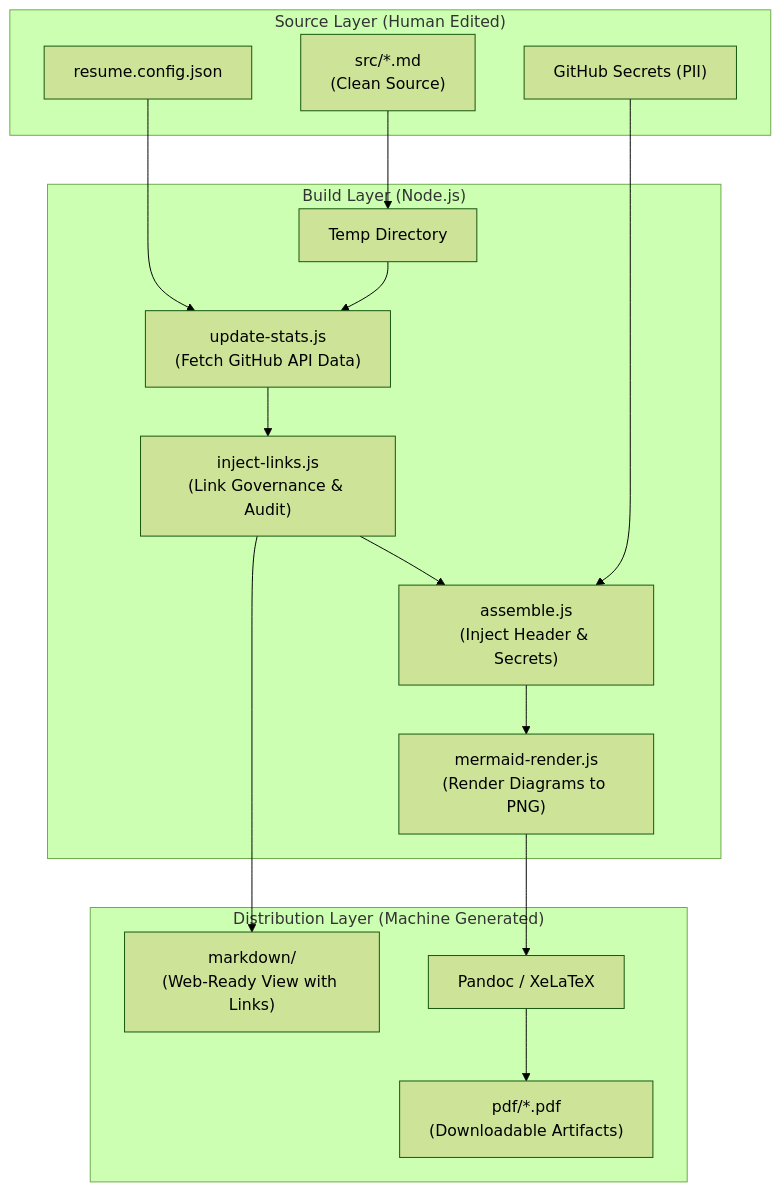
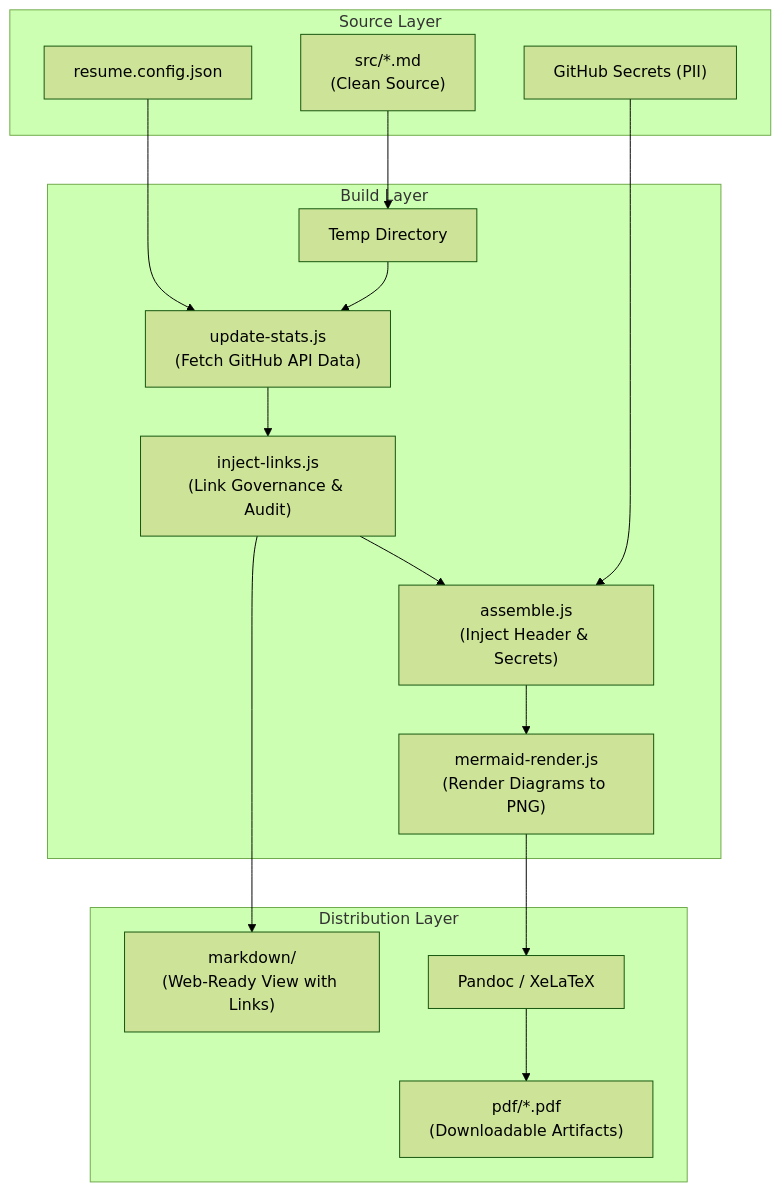
The diagram in README.md (rdbumstead/resume-as-code), drawn with Mermaid (forest theme) before and after one commit. The commit also changed 2 other files, not shown here.

Commit message:
docs: fix readme diagram rendering and align resume sections
- README: Simplify Mermaid subgraph labels to prevent text truncation in rendered diagrams
- Content: Reorder 'Professional Experience' above 'Technical Projects' in Comprehensive and Recruiter versions to match the Standard resume format
- Content: Ensure consistent hierarchy across all resume variants

````diff
--- a/README.md
+++ b/README.md
@@ -13,33 +13,33 @@
 ```mermaid
 graph TD
-    subgraph Input ["Source Layer (Human Edited)"]
+    subgraph Input ["Source Layer"]
         Src["src/*.md<br/>(Clean Source)"]
         Conf["resume.config.json"]
         Sec["GitHub Secrets (PII)"]
     end
 
-    subgraph Process ["Build Layer (Node.js)"]
+    subgraph Process ["Build Layer"]
         Temp["Temp Directory"]
         Fetch["update-stats.js<br/>(Fetch GitHub API Data)"]
         Audit["inject-links.js<br/>(Link Governance & Audit)"]
         Assemble["assemble.js<br/>(Inject Header & Secrets)"]
         Render["mermaid-render.js<br/>(Render Diagrams to PNG)"]
     end
 
-    subgraph Output ["Distribution Layer (Machine Generated)"]
+    subgraph Output ["Distribution Layer"]
         DistMD["markdown/<br/>(Web-Ready View with Links)"]
         Pandoc["Pandoc / XeLaTeX"]
         PDF["pdf/*.pdf<br/>(Downloadable Artifacts)"]
     end
 
     Src --> Temp
     Conf --> Fetch
     Temp --> Fetch
     Fetch --> Audit
     Audit --> DistMD
     Audit --> Assemble
     Sec --> Assemble
     Assemble --> Render
     Render --> Pandoc
     Pandoc --> PDF
 ```
````
